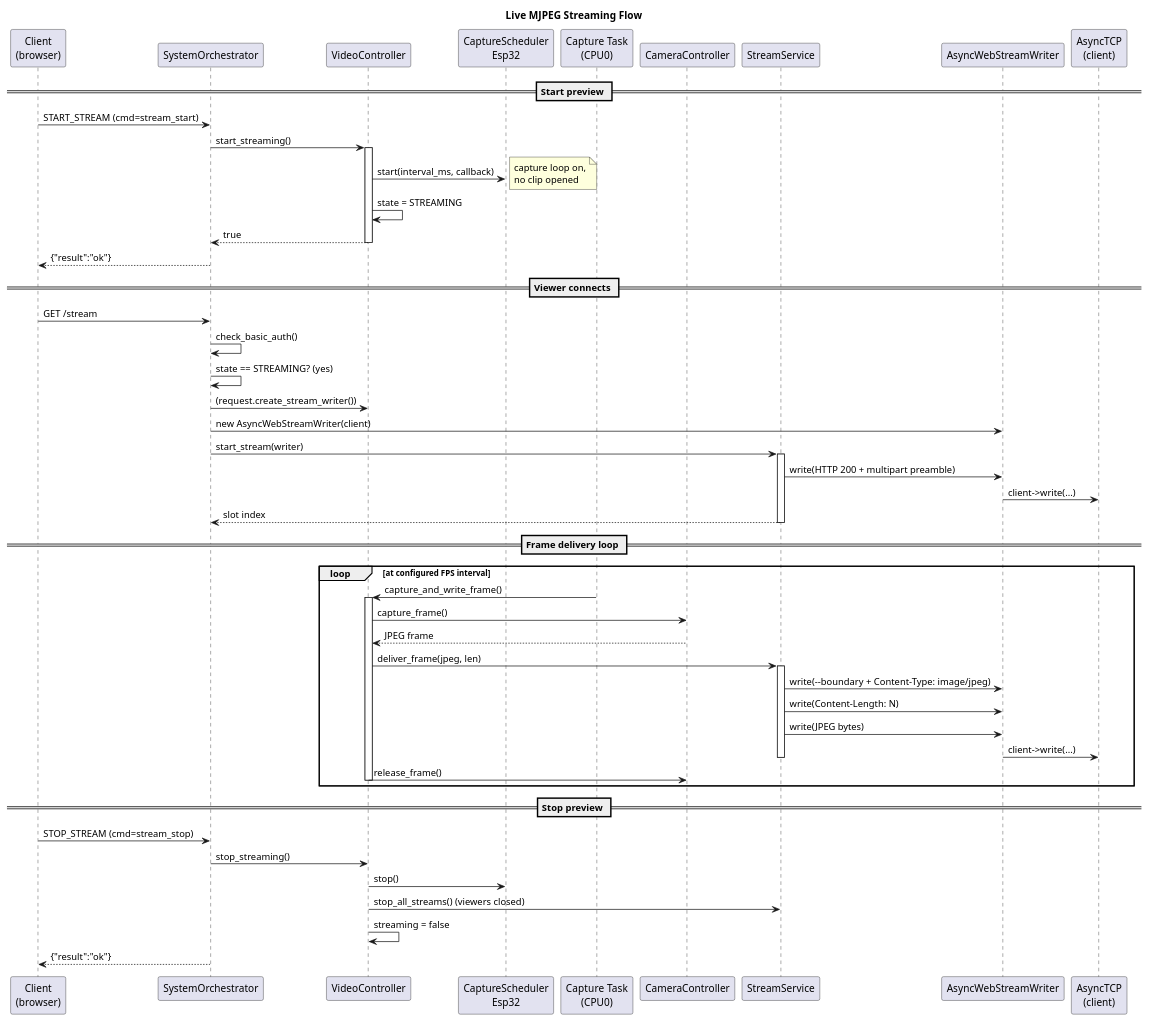
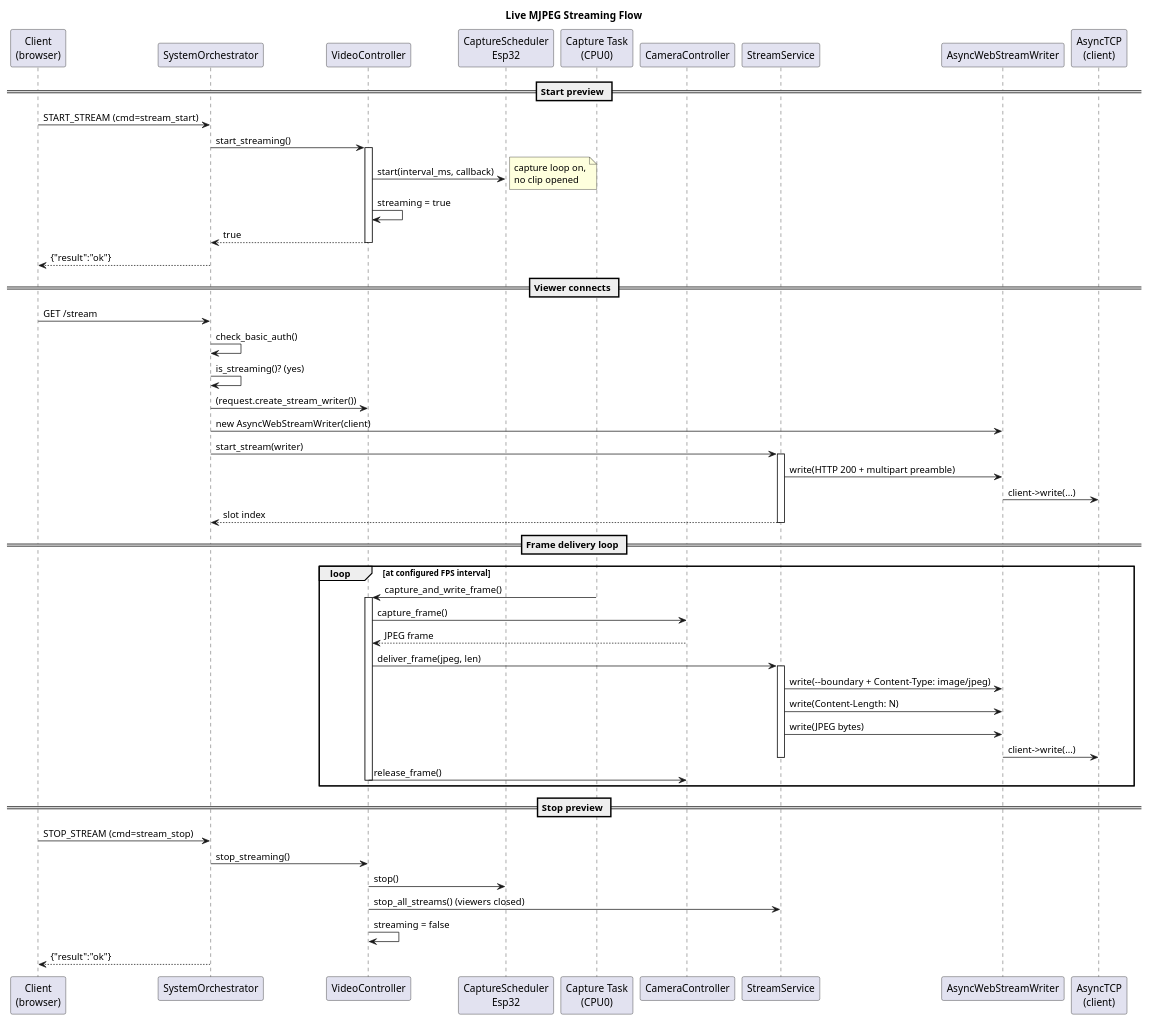
One commit to timwalsh41/micro-security-cam changed the seventh of 8 diagrams in docs/SYSTEM_DESIGN.md. Above: the diagram before and after it, drawn with PlantUML. The commit also changed other lines of this file and 1 other file, not shown here.

Commit message:
no-mistakes(document): Update docs for independent recording/streaming activity model

````diff
--- a/docs/SYSTEM_DESIGN.md
+++ b/docs/SYSTEM_DESIGN.md
@@ -1677,71 +1677,71 @@
 ```plantuml
 @startuml
 title Live MJPEG Streaming Flow
 
 participant "Client\n(browser)" as CLIENT
 participant "SystemOrchestrator" as ORCH
 participant "VideoController" as VC
 participant "CaptureScheduler\nEsp32" as CS
 participant "Capture Task\n(CPU0)" as TASK
 participant "CameraController" as CAM
 participant "StreamService" as SS
 participant "AsyncWebStreamWriter" as WRITER
 participant "AsyncTCP\n(client)" as TCP
 
 == Start preview ==
 
 CLIENT -> ORCH : START_STREAM (cmd=stream_start)
 ORCH -> VC : start_streaming()
 activate VC
 VC -> CS : start(interval_ms, callback)
 note right: capture loop on,\nno clip opened
-VC -> VC : state = STREAMING
+VC -> VC : streaming = true
 VC --> ORCH : true
 deactivate VC
 ORCH --> CLIENT : {"result":"ok"}
 
 == Viewer connects ==
 
 CLIENT -> ORCH : GET /stream
 ORCH -> ORCH : check_basic_auth()
-ORCH -> ORCH : state == STREAMING? (yes)
+ORCH -> ORCH : is_streaming()? (yes)
 ORCH -> VC : (request.create_stream_writer())
 ORCH -> WRITER : new AsyncWebStreamWriter(client)
 ORCH -> SS : start_stream(writer)
 activate SS
 SS -> WRITER : write(HTTP 200 + multipart preamble)
 WRITER -> TCP : client->write(...)
 SS --> ORCH : slot index
 deactivate SS
 
 == Frame delivery loop ==
 
 loop at configured FPS interval
 
 TASK -> VC : capture_and_write_frame()
 activate VC
 VC -> CAM : capture_frame()
 CAM --> VC : JPEG frame
 VC -> SS : deliver_frame(jpeg, len)
 activate SS
 SS -> WRITER : write(--boundary + Content-Type: image/jpeg)
 SS -> WRITER : write(Content-Length: N)
 SS -> WRITER : write(JPEG bytes)
 WRITER -> TCP : client->write(...)
 deactivate SS
 VC -> CAM : release_frame()
 deactivate VC
 
 end
 
 == Stop preview ==
 
 CLIENT -> ORCH : STOP_STREAM (cmd=stream_stop)
 ORCH -> VC : stop_streaming()
 VC -> CS : stop()
 VC -> SS : stop_all_streams() (viewers closed)
 VC -> VC : streaming = false
 ORCH --> CLIENT : {"result":"ok"}
 
 @enduml
 ```
````
